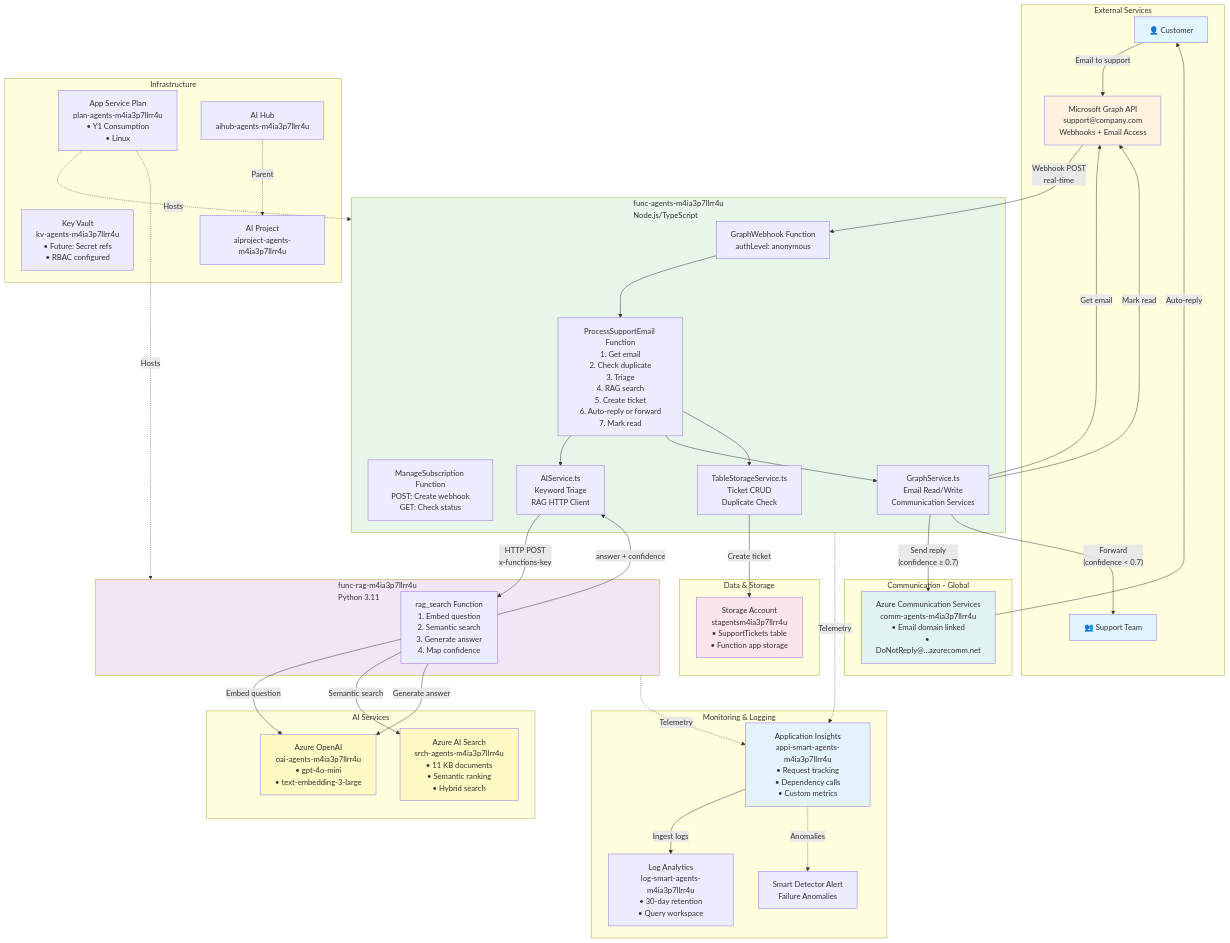
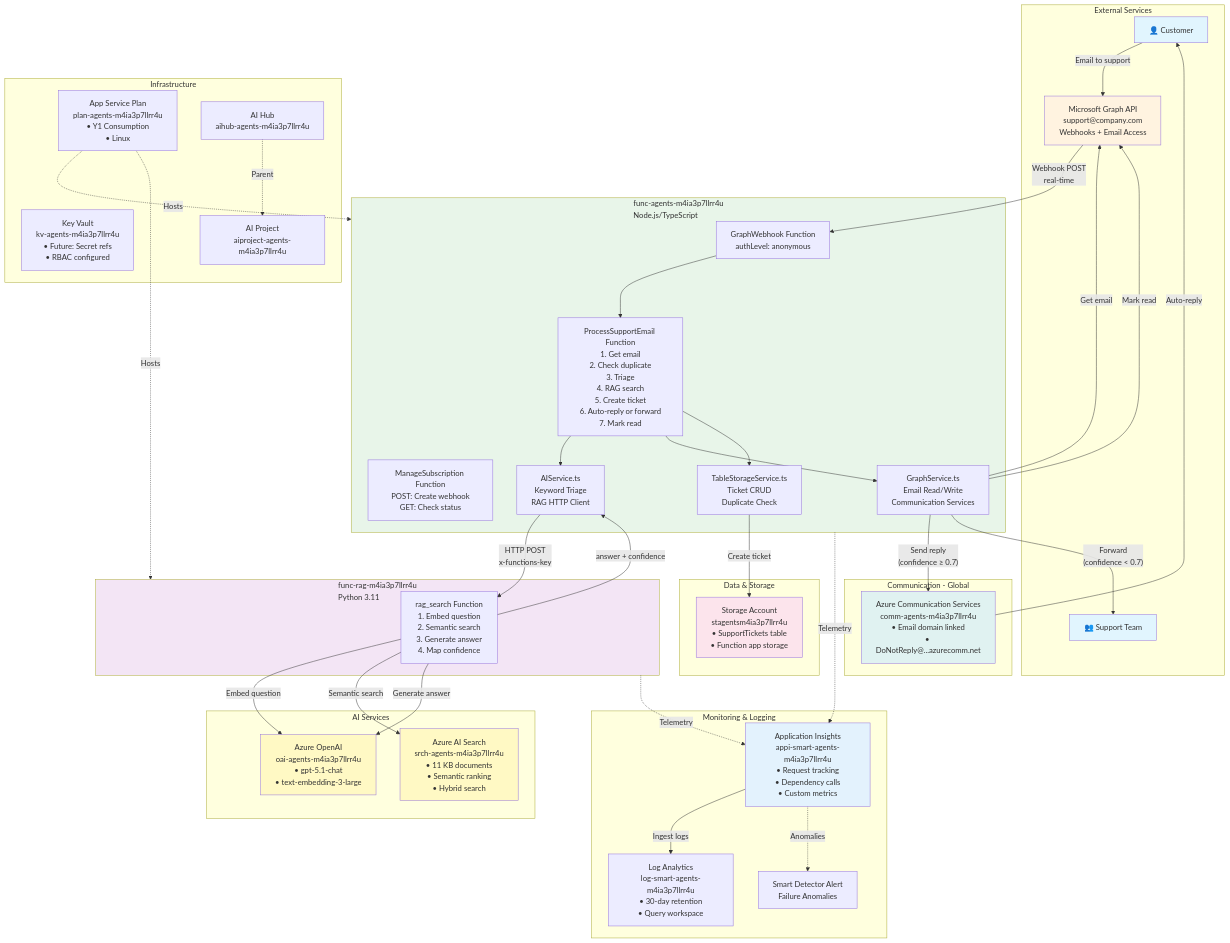
One commit to LuiseFreese/espc25-smart-support-agent changed the first of 5 diagrams in docs/ARCHITECTURE-DIAGRAM.md. Above: the diagram before and after it, drawn with Mermaid. The commit also changed other lines of this file and 75 other files, not shown here.

```diff
--- a/docs/ARCHITECTURE-DIAGRAM.md
+++ b/docs/ARCHITECTURE-DIAGRAM.md
@@ -24,7 +24,7 @@
     end
 
     subgraph AIServices["AI Services"]
-        OpenAI["Azure OpenAI<br/>oai-agents-m4ia3p7llrr4u<br/>• gpt-4o-mini<br/>• text-embedding-3-large"]
+        OpenAI["Azure OpenAI<br/>oai-agents-m4ia3p7llrr4u<br/>• gpt-5.1-chat<br/>• text-embedding-3-large"]
         Search["Azure AI Search<br/>srch-agents-m4ia3p7llrr4u<br/>• 11 KB documents<br/>• Semantic ranking<br/>• Hybrid search"]
     end
 
```
